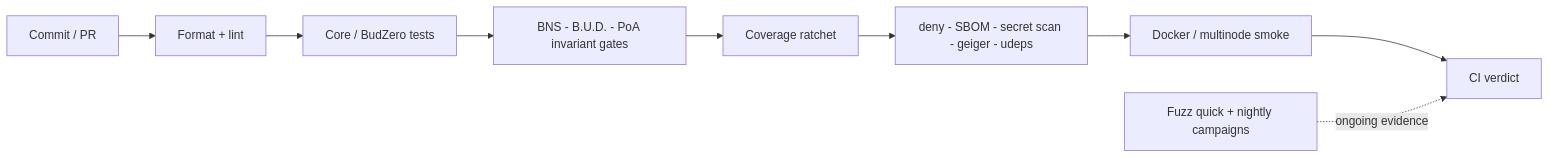
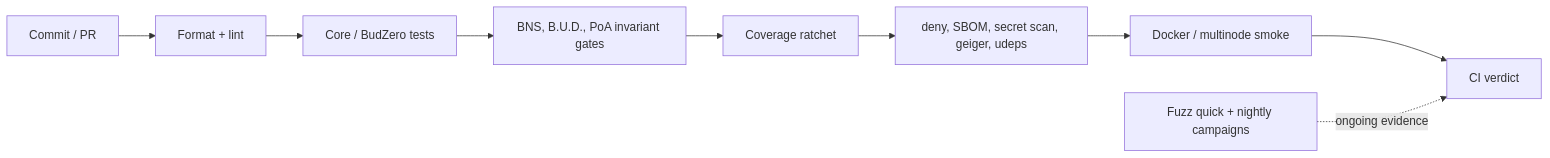
One commit to budlum-xyz/deneme changed diagram 12 of 51 in ARCHITECTURE.md. Above: the diagram before and after it, drawn with Mermaid. The commit also changed other lines of this file and 178 other files, not shown here.

````diff
--- a/ARCHITECTURE.md
+++ b/ARCHITECTURE.md
@@ -170,11 +170,11 @@
 ```mermaid
 flowchart LR
   Push[Commit / PR] --> Fmt["Format + lint"]
   Fmt --> Core[Core / BudZero tests]
-  Core --> Invariants[BNS - B.U.D. - PoA invariant gates]
+  Core --> Invariants["BNS, B.U.D., PoA invariant gates"]
   Invariants --> Coverage[Coverage ratchet]
-  Coverage --> Supply[deny - SBOM - secret scan - geiger - udeps]
+  Coverage --> Supply["deny, SBOM, secret scan, geiger, udeps"]
   Supply --> Smoke[Docker / multinode smoke]
   Smoke --> CI[CI verdict]
   Fuzz["Fuzz quick + nightly campaigns"] -. ongoing evidence .-> CI
 ```
````
